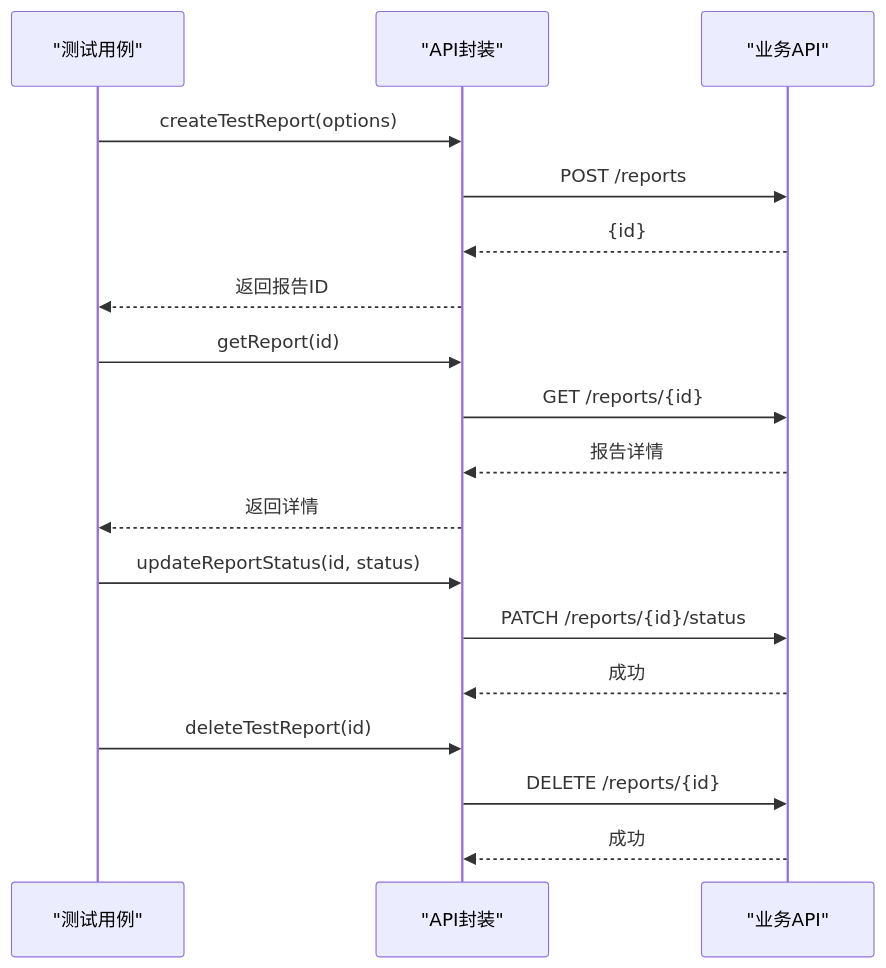
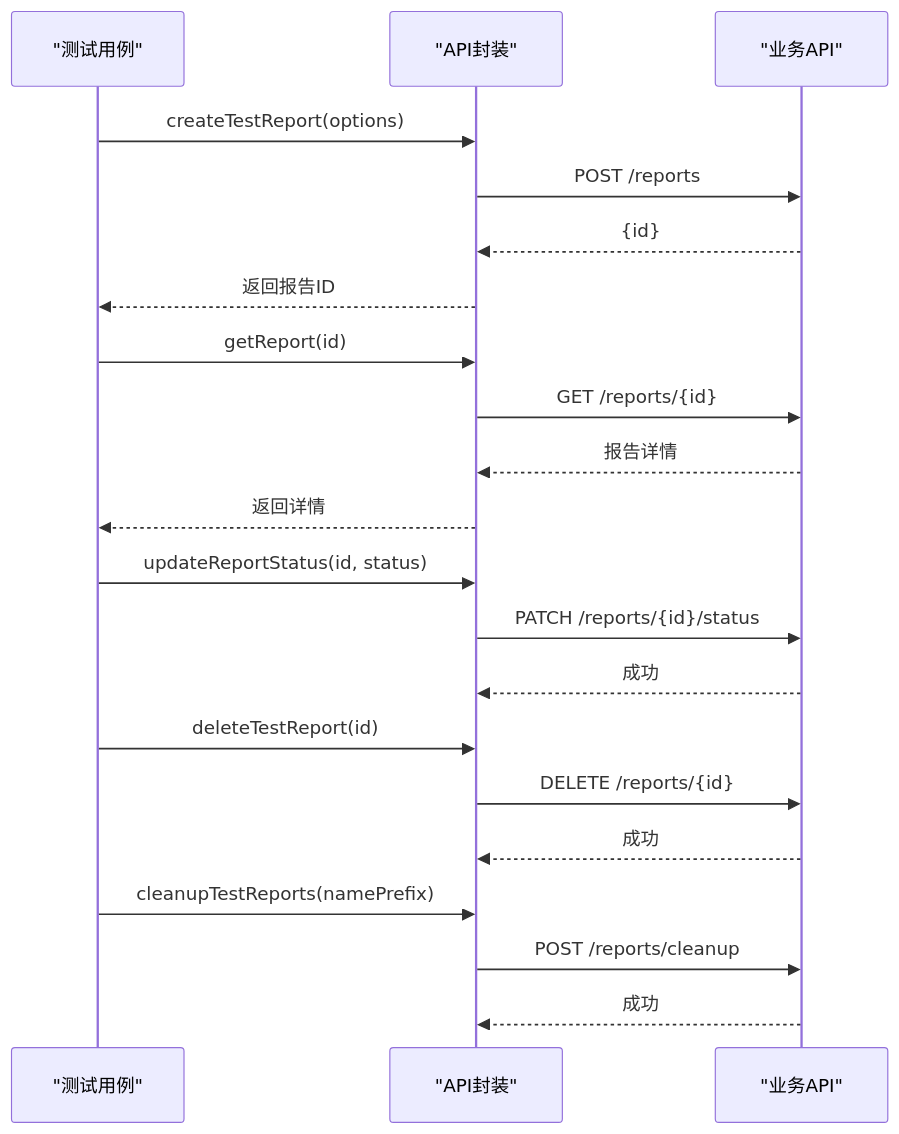
Before and after one commit to zzgoviziwind/--playwright: the fourth of 7 diagrams in .qoder/repowiki/zh/content/API辅助工具/API调用封装.md, drawn with Mermaid. The commit also changed other lines of this file and 112 other files, not shown here.

````diff
--- a/.qoder/repowiki/zh/content/API辅助工具/API调用封装.md
+++ b/.qoder/repowiki/zh/content/API辅助工具/API调用封装.md
@@ -187,20 +201,23 @@
 ```mermaid
 sequenceDiagram
 participant Test as "测试用例"
 participant Helper as "API封装"
 participant API as "业务API"
 Test->>Helper : createTestReport(options)
 Helper->>API : POST /reports
 API-->>Helper : {id}
 Helper-->>Test : 返回报告ID
 Test->>Helper : getReport(id)
 Helper->>API : GET /reports/{id}
 API-->>Helper : 报告详情
 Helper-->>Test : 返回详情
 Test->>Helper : updateReportStatus(id, status)
 Helper->>API : PATCH /reports/{id}/status
 API-->>Helper : 成功
 Test->>Helper : deleteTestReport(id)
 Helper->>API : DELETE /reports/{id}
 API-->>Helper : 成功
+Test->>Helper : cleanupTestReports(namePrefix)
+Helper->>API : POST /reports/cleanup
+API-->>Helper : 成功
 ```
````
